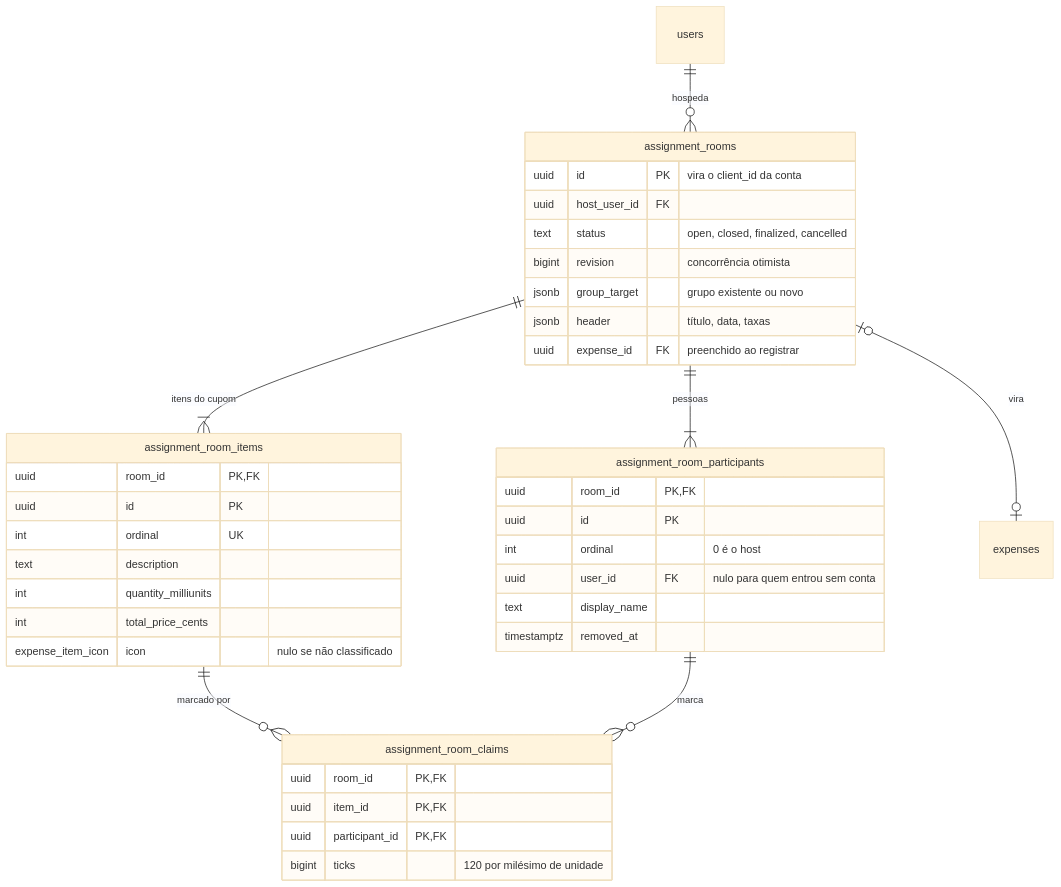
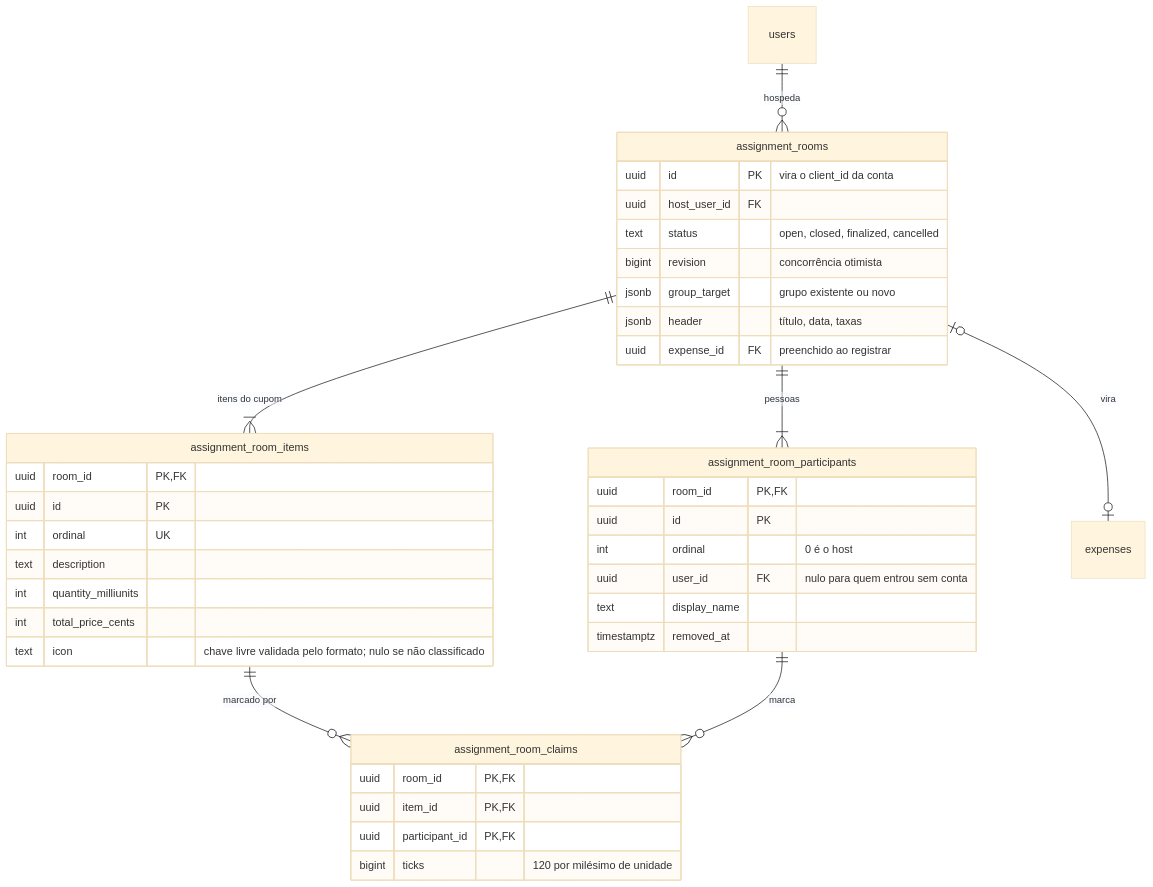
The eighth of 9 diagrams in README.md (tprei/dividimos), drawn with Mermaid (base theme) before and after one commit. The commit also changed other lines of this file and 22 other files, not shown here.

````diff
--- a/README.md
+++ b/README.md
@@ -374,42 +374,42 @@
 ```mermaid
 erDiagram
     users ||--o{ assignment_rooms : "hospeda"
     assignment_rooms ||--|{ assignment_room_items : "itens do cupom"
     assignment_rooms ||--|{ assignment_room_participants : "pessoas"
     assignment_room_items ||--o{ assignment_room_claims : "marcado por"
     assignment_room_participants ||--o{ assignment_room_claims : "marca"
     assignment_rooms |o--o| expenses : "vira"
 
     assignment_rooms {
         uuid id PK "vira o client_id da conta"
         uuid host_user_id FK
         text status "open, closed, finalized, cancelled"
         bigint revision "concorrência otimista"
         jsonb group_target "grupo existente ou novo"
         jsonb header "título, data, taxas"
         uuid expense_id FK "preenchido ao registrar"
     }
     assignment_room_items {
         uuid room_id PK, FK
         uuid id PK
         int ordinal UK
         text description
         int quantity_milliunits
         int total_price_cents
-        expense_item_icon icon "nulo se não classificado"
+        text icon "chave livre validada pelo formato; nulo se não classificado"
     }
     assignment_room_participants {
         uuid room_id PK, FK
         uuid id PK
         int ordinal "0 é o host"
         uuid user_id FK "nulo para quem entrou sem conta"
         text display_name
         timestamptz removed_at
     }
     assignment_room_claims {
         uuid room_id PK, FK
         uuid item_id PK, FK
         uuid participant_id PK, FK
         bigint ticks "120 por milésimo de unidade"
     }
 ```
````
